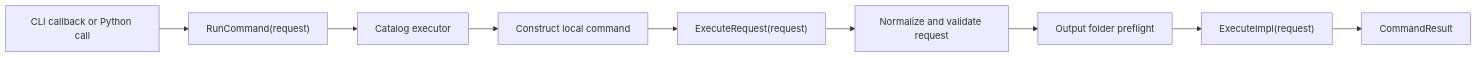
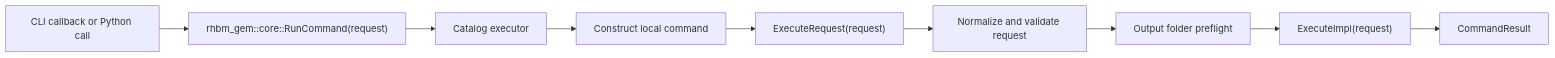
The diagram in docs/developer/architecture/command-architecture.md (yslianTim/rhbm_gem), drawn with Mermaid before and after one commit. The commit also changed other lines of this file and 43 other files, not shown here.

````diff
--- a/docs/developer/architecture/command-architecture.md
+++ b/docs/developer/architecture/command-architecture.md
@@ -93,11 +93,11 @@
 ```mermaid
 flowchart LR
-    A["CLI callback or Python call"] --> B["RunCommand(request)"]
+    A["CLI callback or Python call"] --> B["rhbm_gem::core::RunCommand(request)"]
     B --> C["Catalog executor"]
     C --> D["Construct local command"]
     D --> E["ExecuteRequest(request)"]
     E --> F["Normalize and validate request"]
     F --> G["Output folder preflight"]
     G --> H["ExecuteImpl(request)"]
     H --> I["CommandResult"]
 ```
````
